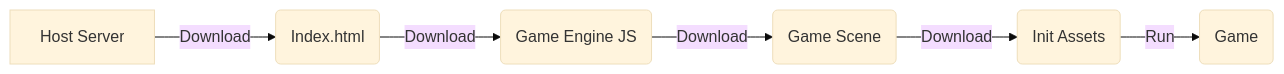
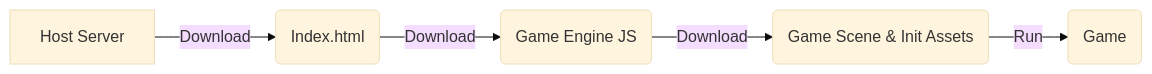
Before and after one commit to BricL/CC3.WebZipBundle: the first of 2 diagrams in README.md, drawn with Mermaid (base theme). The commit also changed other lines of this file, not shown here.

Commit message:
Enhance README.md with detailed game startup workflow and download methods

````diff
--- a/README.md
+++ b/README.md
@@ -25,8 +27,7 @@
 ```mermaid
 flowchart LR
-    A[Host Server] -->|Download| B(Index.html)
-    B -->|Download| C(Game Engine JS)
-    C -->|Download| D(Game Scene)
-    D -->|Download| E(Init Assets)
-    E -->|Run| F(Game)
+   A[Host Server] -->|Download| B(Index.html)
+   B -->|Download| C(Game Engine JS)
+   C -->|Download| D(Game Scene & Init Assets)
+   D -->|Run| E(Game)
 ```
````
